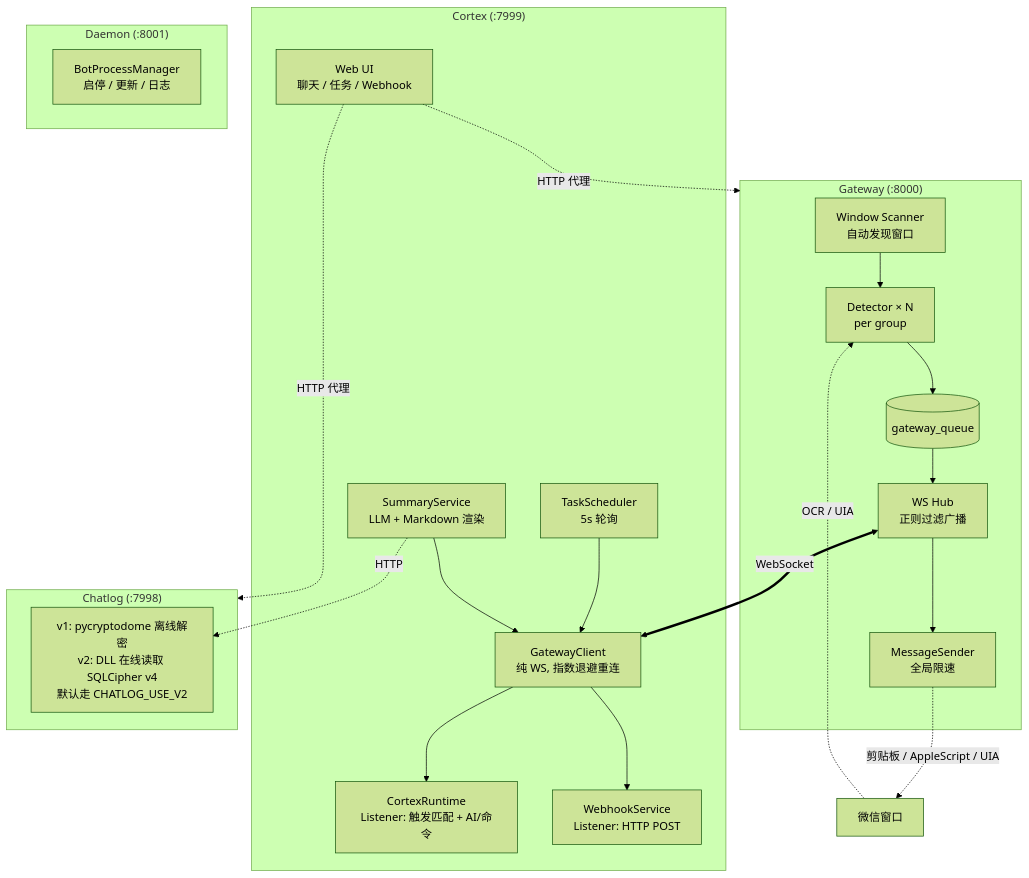
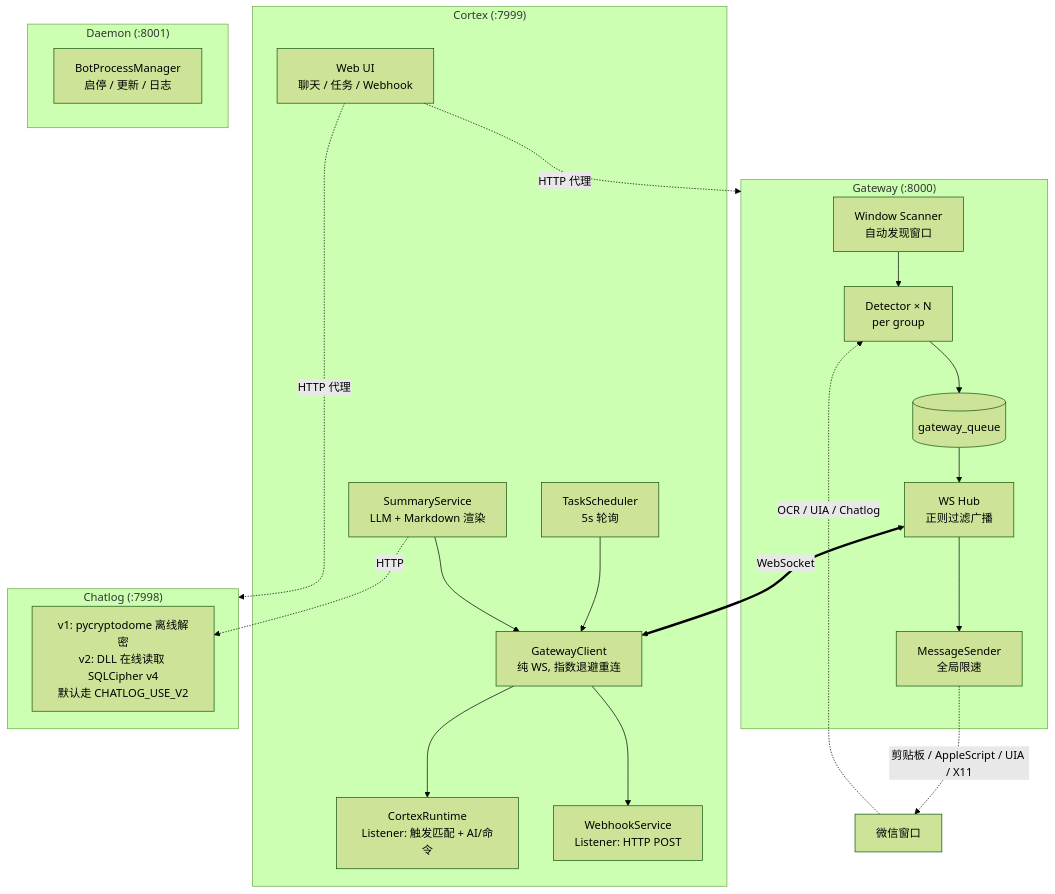
Before and after one commit to bhwa233/awsl-wechat-bot: the diagram in README.md, drawn with Mermaid (forest theme). The commit also changed other lines of this file and 2 other files, not shown here.

````diff
--- a/README.md
+++ b/README.md
@@ -20,42 +20,42 @@
 ```mermaid
 flowchart TB
     subgraph Gateway["Gateway (:8000)"]
         Scanner[Window Scanner<br/>自动发现窗口]
         Detectors[Detector × N<br/>per group]
         Queue[(gateway_queue)]
         WSHub[WS Hub<br/>正则过滤广播]
         Sender[MessageSender<br/>全局限速]
         Scanner --> Detectors
         Detectors --> Queue --> WSHub
         WSHub --> Sender
     end
 
     subgraph Cortex["Cortex (:7999)"]
         WebUI[Web UI<br/>聊天 / 任务 / Webhook]
         GWClient[GatewayClient<br/>纯 WS, 指数退避重连]
         Runtime[CortexRuntime<br/>Listener: 触发匹配 + AI/命令]
         Webhook[WebhookService<br/>Listener: HTTP POST]
         Scheduler[TaskScheduler<br/>5s 轮询]
         Summary[SummaryService<br/>LLM + Markdown 渲染]
         GWClient --> Runtime
         GWClient --> Webhook
         Scheduler --> GWClient
         Summary --> GWClient
     end
 
     subgraph Chatlog["Chatlog (:7998)"]
         ChatlogAPI[v1: pycryptodome 离线解密<br/>v2: DLL 在线读取 SQLCipher v4<br/>默认走 CHATLOG_USE_V2]
     end
 
     subgraph Daemon["Daemon (:8001)"]
         Manager[BotProcessManager<br/>启停 / 更新 / 日志]
     end
 
-    WeChat[微信窗口] -.OCR / UIA.-> Detectors
-    Sender -.剪贴板 / AppleScript / UIA.-> WeChat
+    WeChat[微信窗口] -.OCR / UIA / Chatlog.-> Detectors
+    Sender -.剪贴板 / AppleScript / UIA / X11.-> WeChat
 
     WSHub <==WebSocket==> GWClient
     Summary -.HTTP.-> ChatlogAPI
     WebUI -.HTTP 代理.-> Gateway
     WebUI -.HTTP 代理.-> Chatlog
 ```
````
